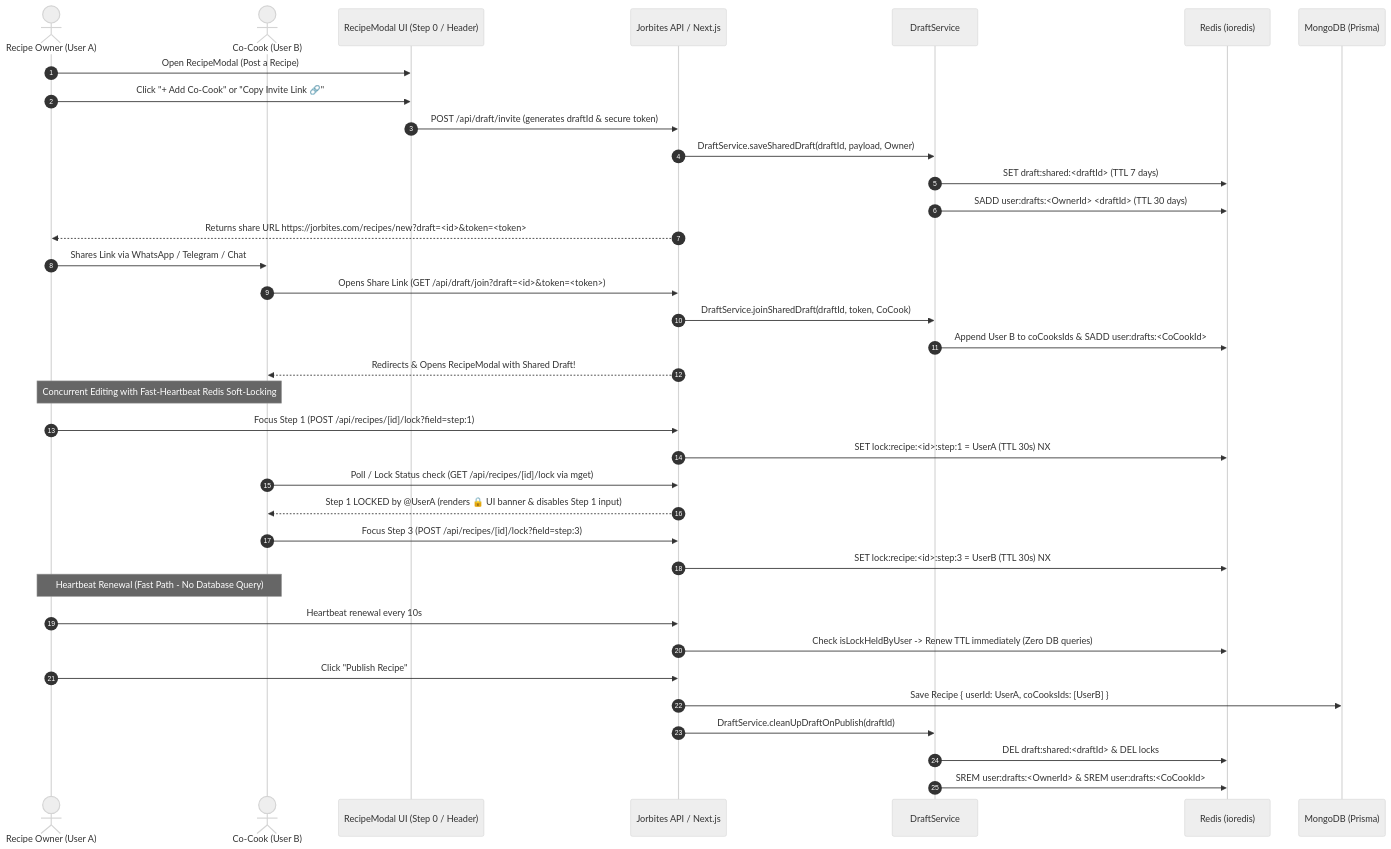
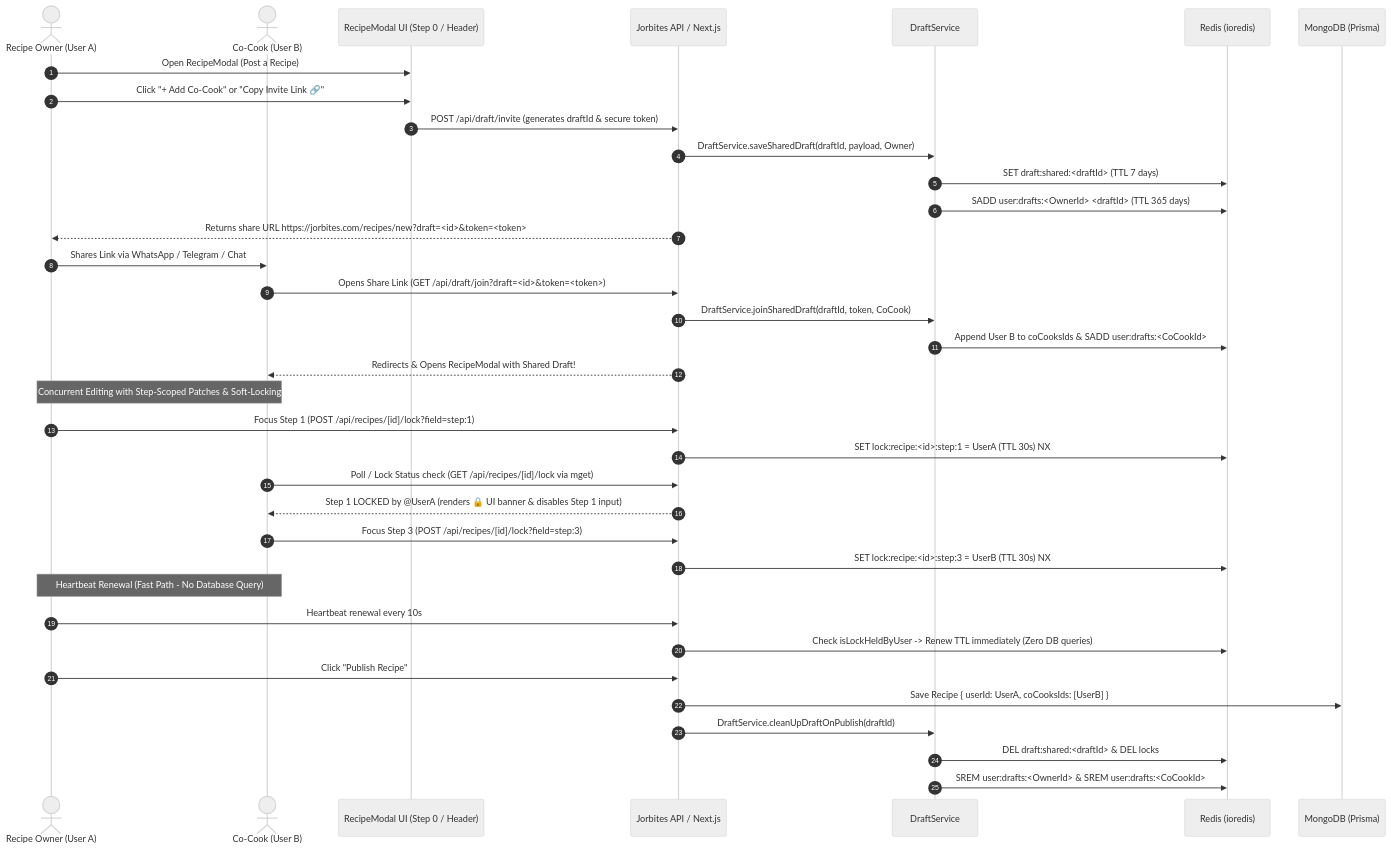
Before and after one commit to jorbush/jorbites: the diagram in docs/collaborative_cooking.md, drawn with Mermaid (neutral theme). The commit also changed other lines of this file and 21 other files, not shown here.

````diff
--- a/docs/collaborative_cooking.md
+++ b/docs/collaborative_cooking.md
@@ -19,44 +19,44 @@
 ```mermaid
 sequenceDiagram
     autonumber
     actor Owner as Recipe Owner (User A)
     actor CoCook as Co-Cook (User B)
     participant Modal as RecipeModal UI (Step 0 / Header)
     participant API as Jorbites API / Next.js
     participant DS as DraftService
     participant Redis as Redis (ioredis)
     participant DB as MongoDB (Prisma)
 
     Owner->>Modal: Open RecipeModal (Post a Recipe)
     Owner->>Modal: Click "+ Add Co-Cook" or "Copy Invite Link 🔗"
     Modal->>API: POST /api/draft/invite (generates draftId & secure token)
     API->>DS: DraftService.saveSharedDraft(draftId, payload, Owner)
     DS->>Redis: SET draft:shared:<draftId> (TTL 7 days)
-    DS->>Redis: SADD user:drafts:<OwnerId> <draftId> (TTL 30 days)
+    DS->>Redis: SADD user:drafts:<OwnerId> <draftId> (TTL 365 days)
     API-->>Owner: Returns share URL https://jorbites.com/recipes/new?draft=<id>&token=<token>
 
     Owner->>CoCook: Shares Link via WhatsApp / Telegram / Chat
     CoCook->>API: Opens Share Link (GET /api/draft/join?draft=<id>&token=<token>)
     API->>DS: DraftService.joinSharedDraft(draftId, token, CoCook)
     DS->>Redis: Append User B to coCooksIds & SADD user:drafts:<CoCookId>
     API-->>CoCook: Redirects & Opens RecipeModal with Shared Draft!
 
-    Note over Owner,CoCook: Concurrent Editing with Fast-Heartbeat Redis Soft-Locking
+    Note over Owner,CoCook: Concurrent Editing with Step-Scoped Patches & Soft-Locking
     Owner->>API: Focus Step 1 (POST /api/recipes/[id]/lock?field=step:1)
     API->>Redis: SET lock:recipe:<id>:step:1 = UserA (TTL 30s) NX
     CoCook->>API: Poll / Lock Status check (GET /api/recipes/[id]/lock via mget)
     API-->>CoCook: Step 1 LOCKED by @UserA (renders 🔒 UI banner & disables Step 1 input)
 
     CoCook->>API: Focus Step 3 (POST /api/recipes/[id]/lock?field=step:3)
     API->>Redis: SET lock:recipe:<id>:step:3 = UserB (TTL 30s) NX
 
     Note over Owner,CoCook: Heartbeat Renewal (Fast Path - No Database Query)
     Owner->>API: Heartbeat renewal every 10s
     API->>Redis: Check isLockHeldByUser -> Renew TTL immediately (Zero DB queries)
 
     Owner->>API: Click "Publish Recipe"
     API->>DB: Save Recipe { userId: UserA, coCooksIds: [UserB] }
     API->>DS: DraftService.cleanUpDraftOnPublish(draftId)
     DS->>Redis: DEL draft:shared:<draftId> & DEL locks
     DS->>Redis: SREM user:drafts:<OwnerId> & SREM user:drafts:<CoCookId>
 ```
````
